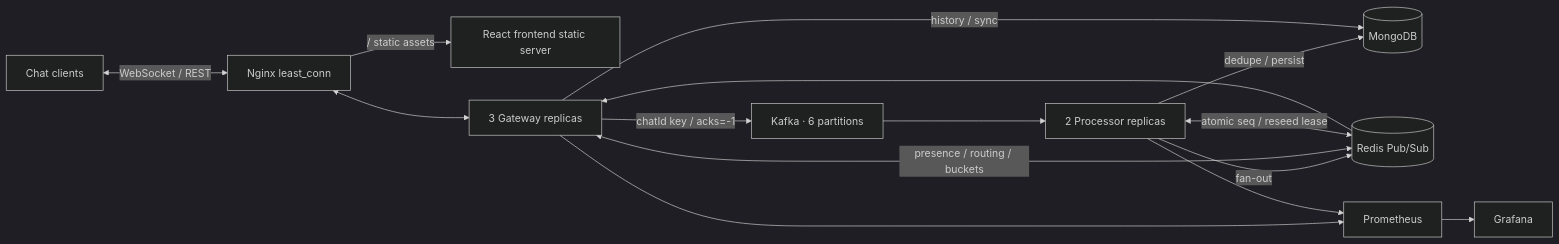
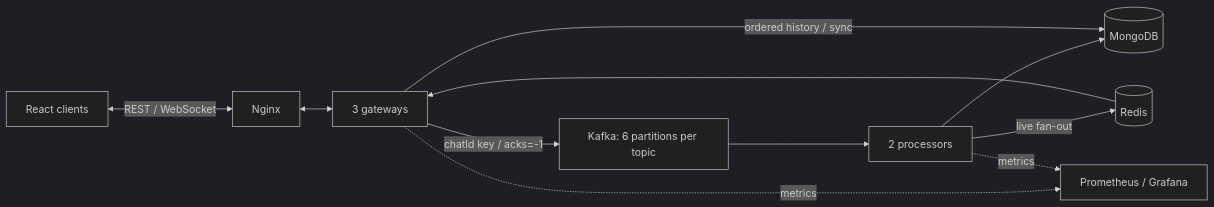
One commit to ShlokMaharwal/PulseChat changed the diagram in README.md. Above: the diagram before and after it, drawn with Mermaid (dark theme). The commit also changed other lines of this file and 29 other files, not shown here.

````diff
--- a/README.md
+++ b/README.md
@@ -9,17 +7,13 @@
 ```mermaid
 flowchart LR
-    C[Chat clients] <-->|WebSocket / REST| N[Nginx least_conn]
-    N -->|/ static assets| F[React frontend static server]
-    N <--> G[3 Gateway replicas]
-    G -->|chatId key / acks=-1| K[Kafka · 6 partitions]
-    K --> P[2 Processor replicas]
-    P -->|dedupe / persist| M[(MongoDB)]
-    P -->|fan-out| R[(Redis Pub/Sub)]
+    C[React clients] <-->|REST / WebSocket| N[Nginx]
+    N <--> G[3 gateways]
+    G -->|chatId key / acks=-1| K[Kafka: 6 partitions per topic]
+    K --> P[2 processors]
+    P --> M[(MongoDB)]
+    P -->|live fan-out| R[(Redis)]
     R --> G
-    G <-->|presence / routing / buckets| R
-    P <-->|atomic seq / reseed lease| R
-    G -->|history / sync| M
-    G --> PM[Prometheus]
-    P --> PM
-    PM --> GF[Grafana]
+    G -->|ordered history / sync| M
+    G -. metrics .-> O[Prometheus / Grafana]
+    P -. metrics .-> O
 ```
````
